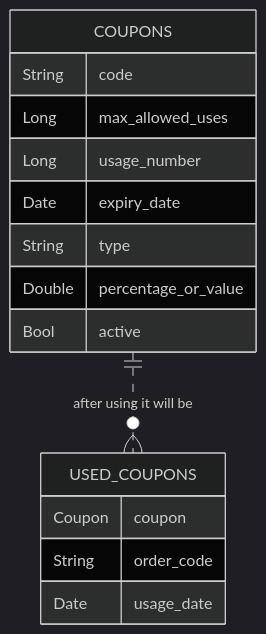
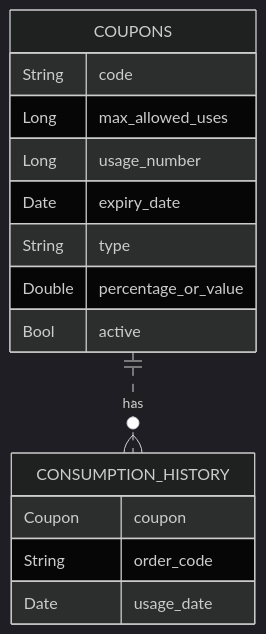
Before and after one commit to abdelaziz-ashraf/.github: the sixth of 7 diagrams in profile/README.md, drawn with Mermaid (dark theme).

Commit message:
Update coupon service ERD

````diff
--- a/profile/README.md
+++ b/profile/README.md
@@ -228,20 +228,20 @@
 ```mermaid
 erDiagram
-    COUPONS ||..o{ USED_COUPONS : "after using it will be"
+    COUPONS ||..o{ CONSUMPTION_HISTORY : has
     COUPONS {
         String      code
         Long        max_allowed_uses
         Long        usage_number
         Date        expiry_date
         String      type
         Double      percentage_or_value
         Bool        active
     }
 
-    USED_COUPONS {
+    CONSUMPTION_HISTORY {
         Coupon      coupon
         String      order_code
         Date        usage_date
     }
 
 ```
````
